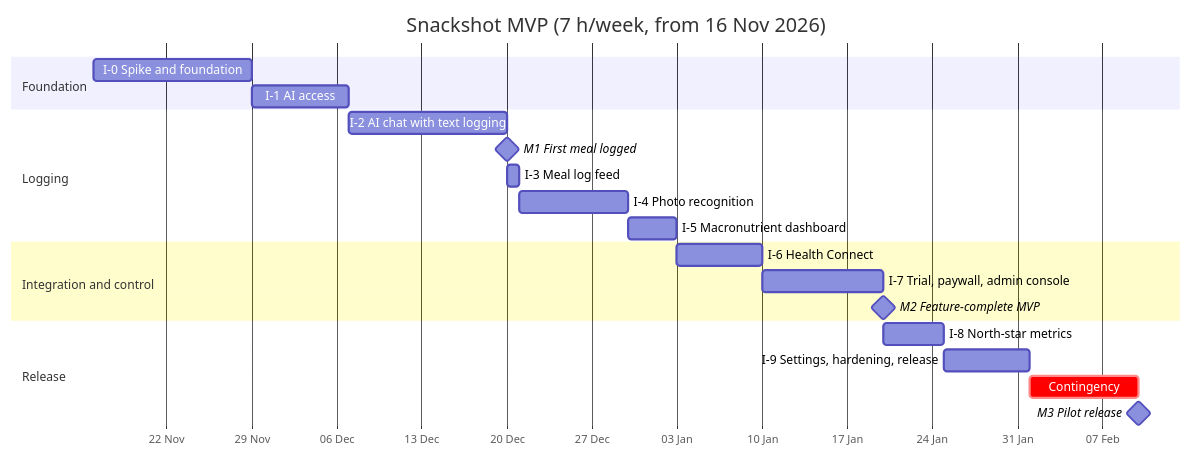
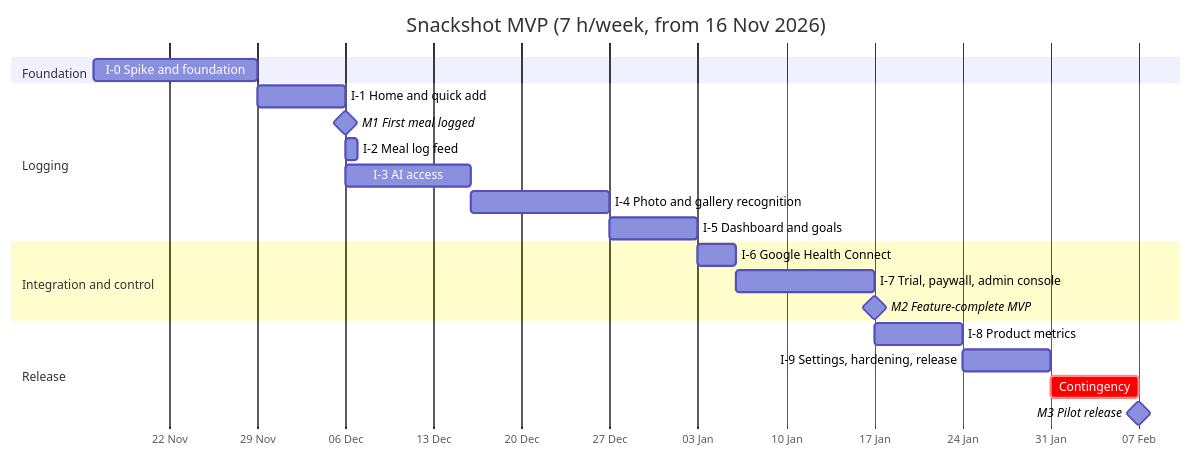
The second of 3 diagrams in docs/04_wbs_and_mvp_implementation_plan.md (sergeybelyuga-ops/snackshot), drawn with Mermaid before and after one commit. The commit also changed other lines of this file and 28 other files, not shown here.

````diff
--- a/docs/04_wbs_and_mvp_implementation_plan.md
+++ b/docs/04_wbs_and_mvp_implementation_plan.md
@@ -232,24 +234,24 @@
 ```mermaid
 gantt
     title Snackshot MVP (7 h/week, from 16 Nov 2026)
     dateFormat YYYY-MM-DD
     axisFormat %d %b
     section Foundation
     I-0 Spike and foundation             :i0, 2026-11-16, 2026-11-29
-    I-1 AI access                        :i1, 2026-11-29, 2026-12-07
     section Logging
-    I-2 AI chat with text logging        :i2, 2026-12-07, 2026-12-20
-    M1 First meal logged                 :milestone, m1, 2026-12-20, 0d
-    I-3 Meal log feed                    :i3, 2026-12-20, 2026-12-21
-    I-4 Photo recognition                :i4, 2026-12-21, 2026-12-30
-    I-5 Macronutrient dashboard          :i5, 2026-12-30, 2027-01-03
+    I-1 Home and quick add               :i1, 2026-11-29, 2026-12-06
+    M1 First meal logged                 :milestone, m1, 2026-12-06, 0d
+    I-2 Meal log feed                    :i2, 2026-12-06, 1d
+    I-3 AI access                        :i3, 2026-12-06, 2026-12-16
+    I-4 Photo and gallery recognition    :i4, 2026-12-16, 2026-12-27
+    I-5 Dashboard and goals              :i5, 2026-12-27, 2027-01-03
     section Integration and control
-    I-6 Health Connect                   :i6, 2027-01-03, 2027-01-10
-    I-7 Trial, paywall, admin console    :i7, 2027-01-10, 2027-01-20
-    M2 Feature-complete MVP              :milestone, m2, 2027-01-20, 0d
+    I-6 Google Health Connect            :i6, 2027-01-03, 2027-01-06
+    I-7 Trial, paywall, admin console    :i7, 2027-01-06, 2027-01-17
+    M2 Feature-complete MVP              :milestone, m2, 2027-01-17, 0d
     section Release
-    I-8 North-star metrics               :i8, 2027-01-20, 2027-01-25
-    I-9 Settings, hardening, release     :i9, 2027-01-25, 2027-02-01
-    Contingency                          :crit, c1, 2027-02-01, 2027-02-10
-    M3 Pilot release                     :milestone, m3, 2027-02-10, 0d
+    I-8 Product metrics                  :i8, 2027-01-17, 2027-01-24
+    I-9 Settings, hardening, release     :i9, 2027-01-24, 2027-01-31
+    Contingency                          :crit, c1, 2027-01-31, 2027-02-07
+    M3 Pilot release                     :milestone, m3, 2027-02-07, 0d
 ```
````
